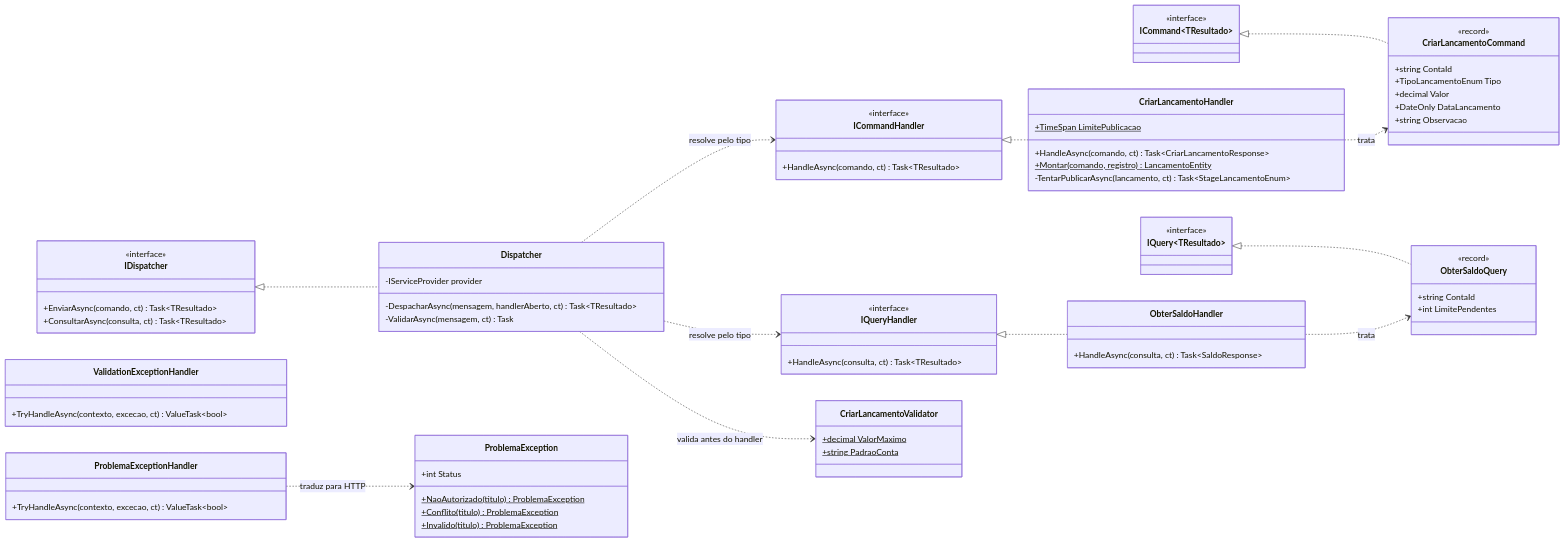
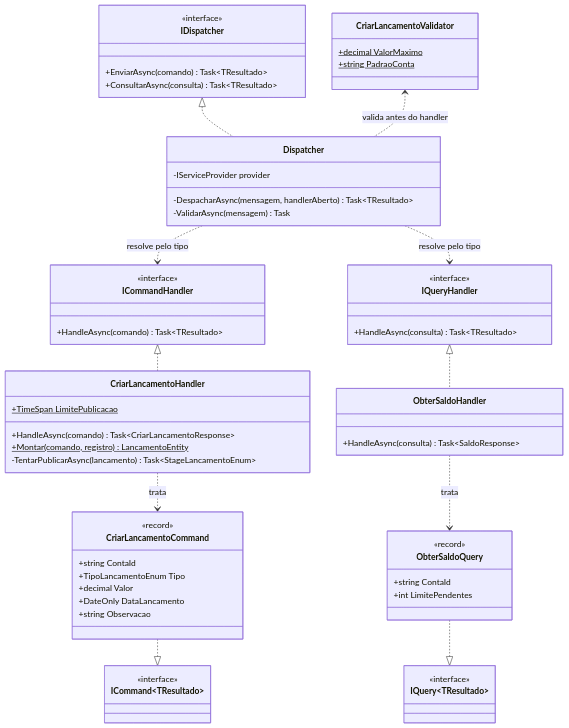
The eighth of 23 diagrams in docs/arquitetura/software/02-c4-componentes-e-codigo.md (michellerodrigues/lancamentos-diarios-poc), drawn with Mermaid before and after one commit. The commit also changed other lines of this file and 45 other files, not shown here.

````diff
--- a/docs/arquitetura/software/02-c4-componentes-e-codigo.md
+++ b/docs/arquitetura/software/02-c4-componentes-e-codigo.md
@@ -284,78 +378,65 @@
 ```mermaid
 classDiagram
-    direction LR
-    class ICommand~TResultado~ {
-        <<interface>>
-    }
-    class IQuery~TResultado~ {
-        <<interface>>
-    }
+    direction TB
     class IDispatcher {
         <<interface>>
-        +EnviarAsync(comando, ct) Task~TResultado~
-        +ConsultarAsync(consulta, ct) Task~TResultado~
+        +EnviarAsync(comando) Task~TResultado~
+        +ConsultarAsync(consulta) Task~TResultado~
     }
     class Dispatcher {
         -IServiceProvider provider
-        -DespacharAsync(mensagem, handlerAberto, ct) Task~TResultado~
-        -ValidarAsync(mensagem, ct) Task
+        -DespacharAsync(mensagem, handlerAberto) Task~TResultado~
+        -ValidarAsync(mensagem) Task
     }
     class ICommandHandler {
         <<interface>>
-        +HandleAsync(comando, ct) Task~TResultado~
+        +HandleAsync(comando) Task~TResultado~
     }
     class IQueryHandler {
         <<interface>>
-        +HandleAsync(consulta, ct) Task~TResultado~
+        +HandleAsync(consulta) Task~TResultado~
+    }
+    class CriarLancamentoValidator {
+        +decimal ValorMaximo$
+        +string PadraoConta$
+    }
+    class CriarLancamentoHandler {
+        +TimeSpan LimitePublicacao$
+        +HandleAsync(comando) Task~CriarLancamentoResponse~
+        +Montar(comando, registro)$ LancamentoEntity
+        -TentarPublicarAsync(lancamento) Task~StageLancamentoEnum~
+    }
+    class ObterSaldoHandler {
+        +HandleAsync(consulta) Task~SaldoResponse~
     }
     class CriarLancamentoCommand {
         <<record>>
         +string ContaId
         +TipoLancamentoEnum Tipo
         +decimal Valor
         +DateOnly DataLancamento
         +string Observacao
     }
-    class CriarLancamentoValidator {
-        +decimal ValorMaximo$
-        +string PadraoConta$
-    }
-    class CriarLancamentoHandler {
-        +TimeSpan LimitePublicacao$
-        +HandleAsync(comando, ct) Task~CriarLancamentoResponse~
-        +Montar(comando, registro)$ LancamentoEntity
-        -TentarPublicarAsync(lancamento, ct) Task~StageLancamentoEnum~
-    }
     class ObterSaldoQuery {
         <<record>>
         +string ContaId
         +int LimitePendentes
     }
-    class ObterSaldoHandler {
-        +HandleAsync(consulta, ct) Task~SaldoResponse~
+    class ICommand~TResultado~ {
+        <<interface>>
     }
-    class ProblemaException {
-        +int Status
-        +NaoAutorizado(titulo)$ ProblemaException
-        +Conflito(titulo)$ ProblemaException
-        +Invalido(titulo)$ ProblemaException
-    }
-    class ValidationExceptionHandler {
-        +TryHandleAsync(contexto, excecao, ct) ValueTask~bool~
-    }
-    class ProblemaExceptionHandler {
-        +TryHandleAsync(contexto, excecao, ct) ValueTask~bool~
+    class IQuery~TResultado~ {
+        <<interface>>
     }
 
     IDispatcher <|.. Dispatcher
-    ICommand <|.. CriarLancamentoCommand
-    IQuery <|.. ObterSaldoQuery
+    CriarLancamentoValidator <.. Dispatcher : valida antes do handler
+    Dispatcher ..> ICommandHandler : resolve pelo tipo
+    Dispatcher ..> IQueryHandler : resolve pelo tipo
     ICommandHandler <|.. CriarLancamentoHandler
     IQueryHandler <|.. ObterSaldoHandler
-    Dispatcher ..> CriarLancamentoValidator : valida antes do handler
-    Dispatcher ..> ICommandHandler : resolve pelo tipo
-    Dispatcher ..> IQueryHandler : resolve pelo tipo
     CriarLancamentoHandler ..> CriarLancamentoCommand : trata
     ObterSaldoHandler ..> ObterSaldoQuery : trata
-    ProblemaExceptionHandler ..> ProblemaException : traduz para HTTP
+    CriarLancamentoCommand ..|> ICommand
+    ObterSaldoQuery ..|> IQuery
 ```
````
